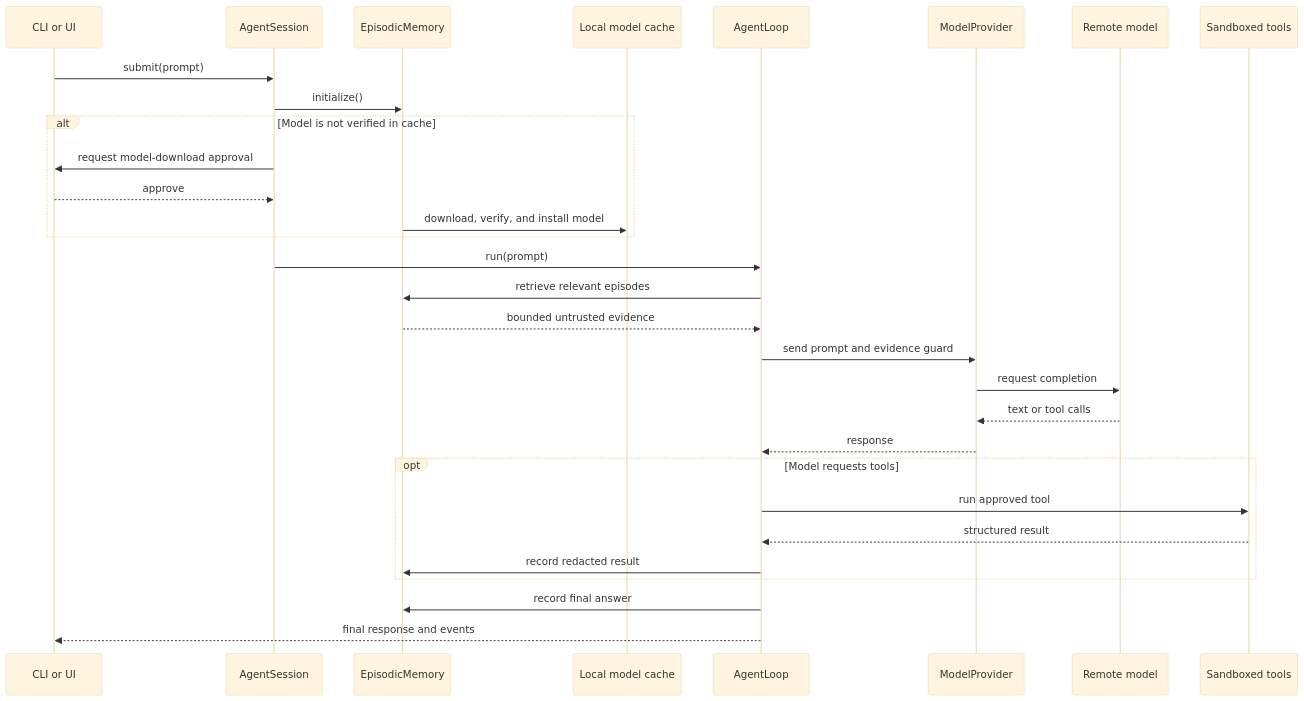
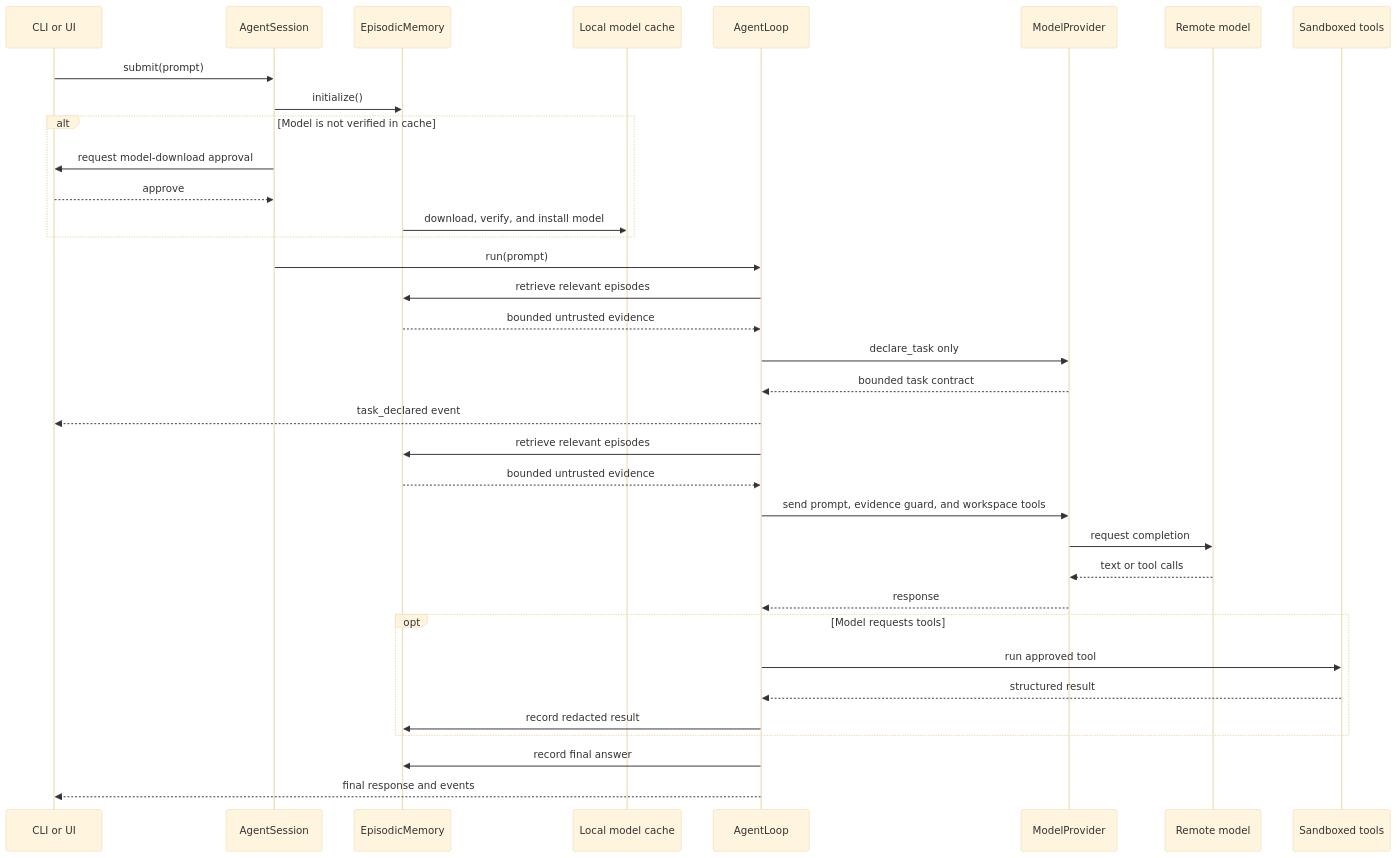
The second of 2 diagrams in ARCHITECTURE.md (cyonix/codesmith), drawn with Mermaid (base theme) before and after one commit. The commit also changed other lines of this file and 8 other files, not shown here.

````diff
--- a/ARCHITECTURE.md
+++ b/ARCHITECTURE.md
@@ -86,33 +86,38 @@
 ```mermaid
 sequenceDiagram
   participant Client as CLI or UI
   participant Session as AgentSession
   participant Memory as EpisodicMemory
   participant Cache as Local model cache
   participant Agent as AgentLoop
   participant Provider as ModelProvider
   participant Model as Remote model
   participant Tools as Sandboxed tools
 
   Client->>Session: submit(prompt)
   Session->>Memory: initialize()
   alt Model is not verified in cache
     Session->>Client: request model-download approval
     Client-->>Session: approve
     Memory->>Cache: download, verify, and install model
   end
   Session->>Agent: run(prompt)
   Agent->>Memory: retrieve relevant episodes
   Memory-->>Agent: bounded untrusted evidence
-  Agent->>Provider: send prompt and evidence guard
+  Agent->>Provider: declare_task only
+  Provider-->>Agent: bounded task contract
+  Agent-->>Client: task_declared event
+  Agent->>Memory: retrieve relevant episodes
+  Memory-->>Agent: bounded untrusted evidence
+  Agent->>Provider: send prompt, evidence guard, and workspace tools
   Provider->>Model: request completion
   Model-->>Provider: text or tool calls
   Provider-->>Agent: response
   opt Model requests tools
     Agent->>Tools: run approved tool
     Tools-->>Agent: structured result
     Agent->>Memory: record redacted result
   end
   Agent->>Memory: record final answer
   Agent-->>Client: final response and events
 ```
````
